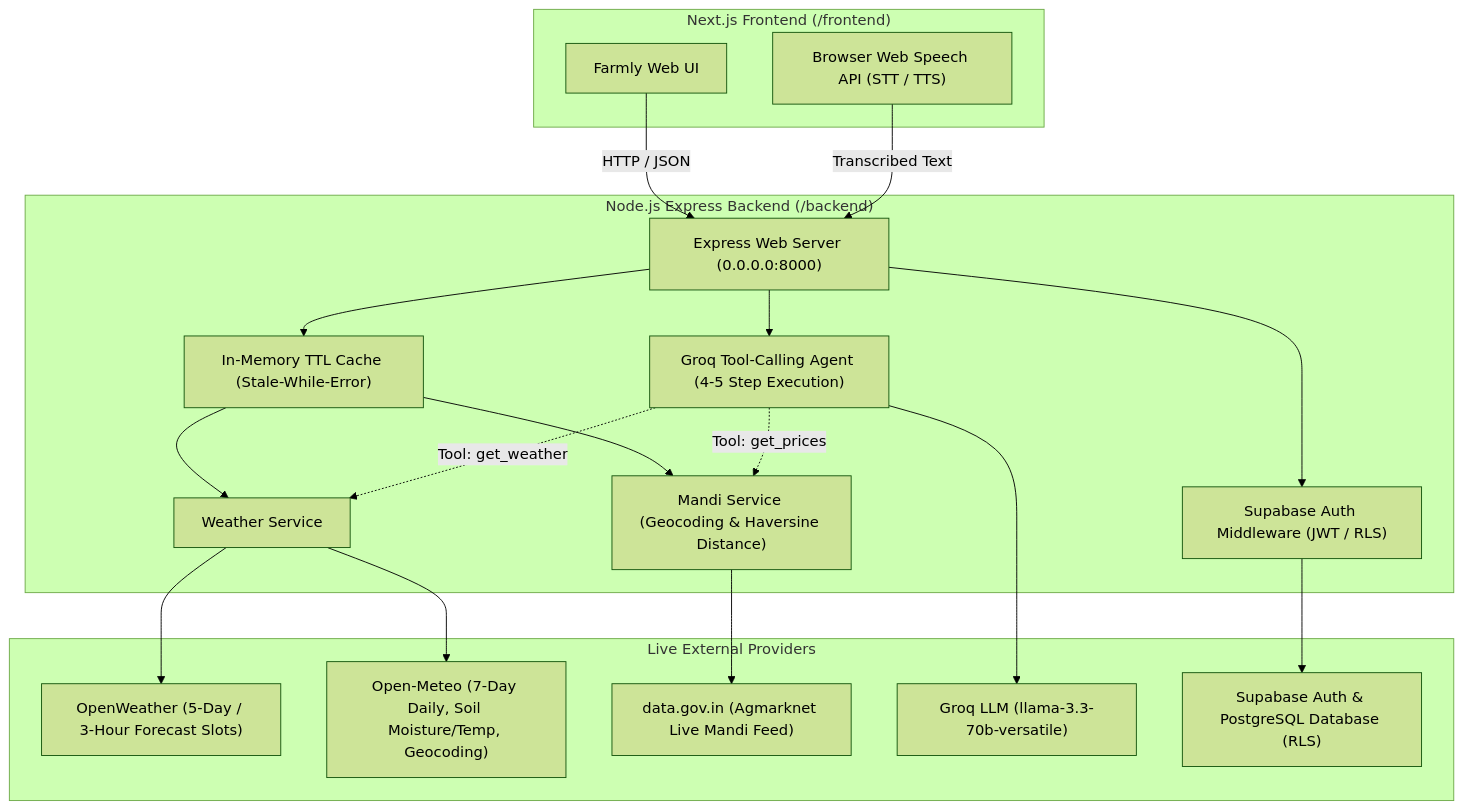
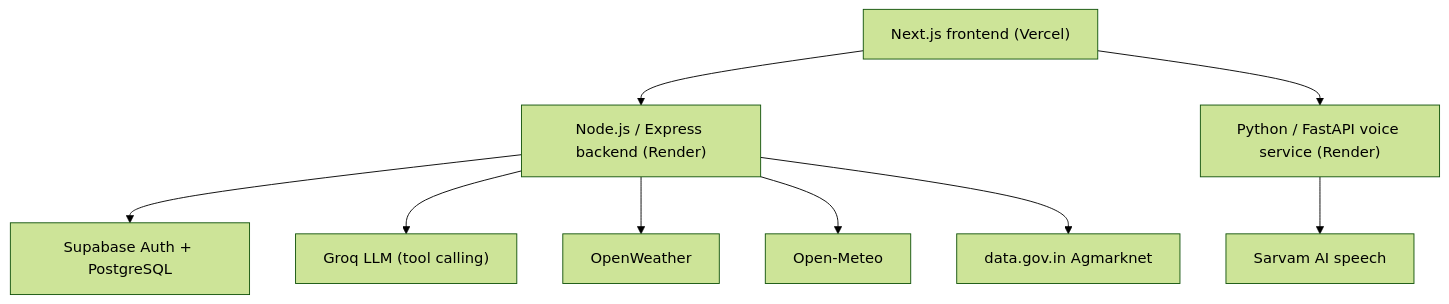
One commit to praveen33-boss/Farmly-AI changed the diagram in README.md. Above: the diagram before and after it, drawn with Mermaid (forest theme). The commit also changed other lines of this file, not shown here.

````diff
--- a/README.md
+++ b/README.md
@@ -9,39 +19,21 @@
 ```mermaid
 flowchart TD
-    subgraph Client ["Next.js Frontend (/frontend)"]
-        UI["Farmly Web UI"]
-        Voice["Browser Web Speech API (STT / TTS)"]
-    end
+    UI["Next.js frontend (Vercel)"]
+    API["Node.js / Express backend (Render)"]
+    VOICE["Python / FastAPI voice service (Render)"]
+    SUPA["Supabase Auth + PostgreSQL"]
+    GROQ["Groq LLM (tool calling)"]
+    OW["OpenWeather"]
+    OM["Open-Meteo"]
+    DGOV["data.gov.in Agmarknet"]
+    SARVAM["Sarvam AI speech"]
 
-    subgraph Backend ["Node.js Express Backend (/backend)"]
-        Server["Express Web Server (0.0.0.0:8000)"]
-        AuthMid["Supabase Auth Middleware (JWT / RLS)"]
-        Cache["In-Memory TTL Cache (Stale-While-Error)"]
-        WeatherSvc["Weather Service"]
-        MandiSvc["Mandi Service (Geocoding & Haversine Distance)"]
-        Agent["Groq Tool-Calling Agent (4-5 Step Execution)"]
-    end
-
-    subgraph External ["Live External Providers"]
-        OW["OpenWeather (5-Day / 3-Hour Forecast Slots)"]
-        OM["Open-Meteo (7-Day Daily, Soil Moisture/Temp, Geocoding)"]
-        DGOV["data.gov.in (Agmarknet Live Mandi Feed)"]
-        GROQ["Groq LLM (llama-3.3-70b-versatile)"]
-        SUPA["Supabase Auth & PostgreSQL Database (RLS)"]
-    end
-
-    UI -->|HTTP / JSON| Server
-    Voice -->|Transcribed Text| Server
-    Server --> AuthMid
-    AuthMid --> SUPA
-    Server --> Cache
-    Cache --> WeatherSvc
-    Cache --> MandiSvc
-    WeatherSvc --> OW
-    WeatherSvc --> OM
-    MandiSvc --> DGOV
-    Server --> Agent
-    Agent --> GROQ
-    Agent -.->|Tool: get_weather| WeatherSvc
-    Agent -.->|Tool: get_prices| MandiSvc
+    UI --> API
+    UI --> VOICE
+    API --> SUPA
+    API --> GROQ
+    API --> OW
+    API --> OM
+    API --> DGOV
+    VOICE --> SARVAM
 ```
````
